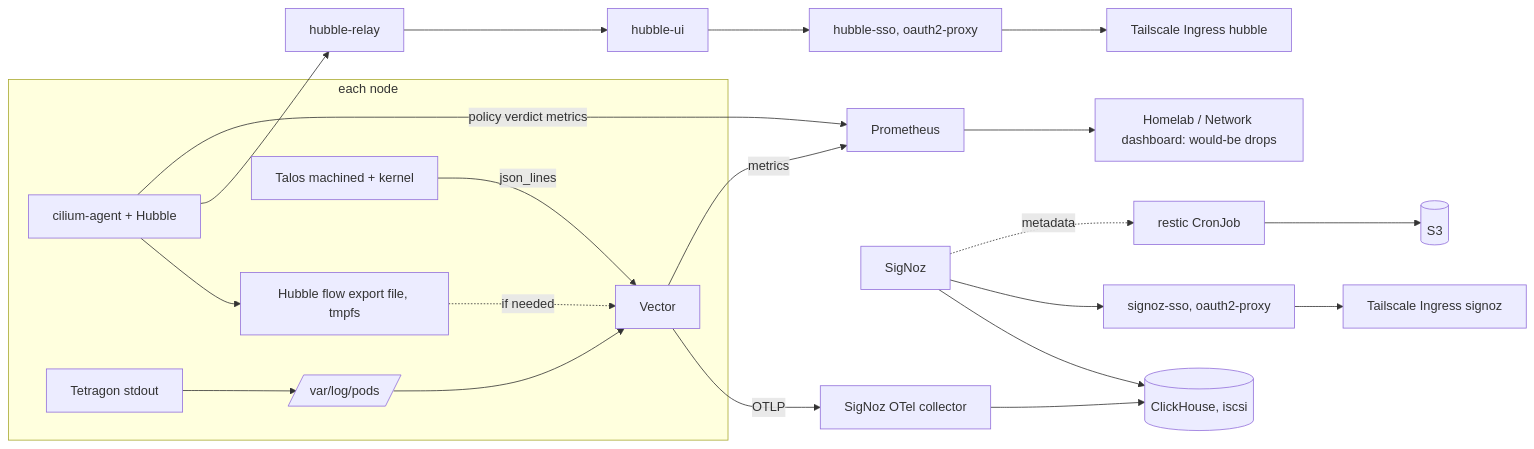
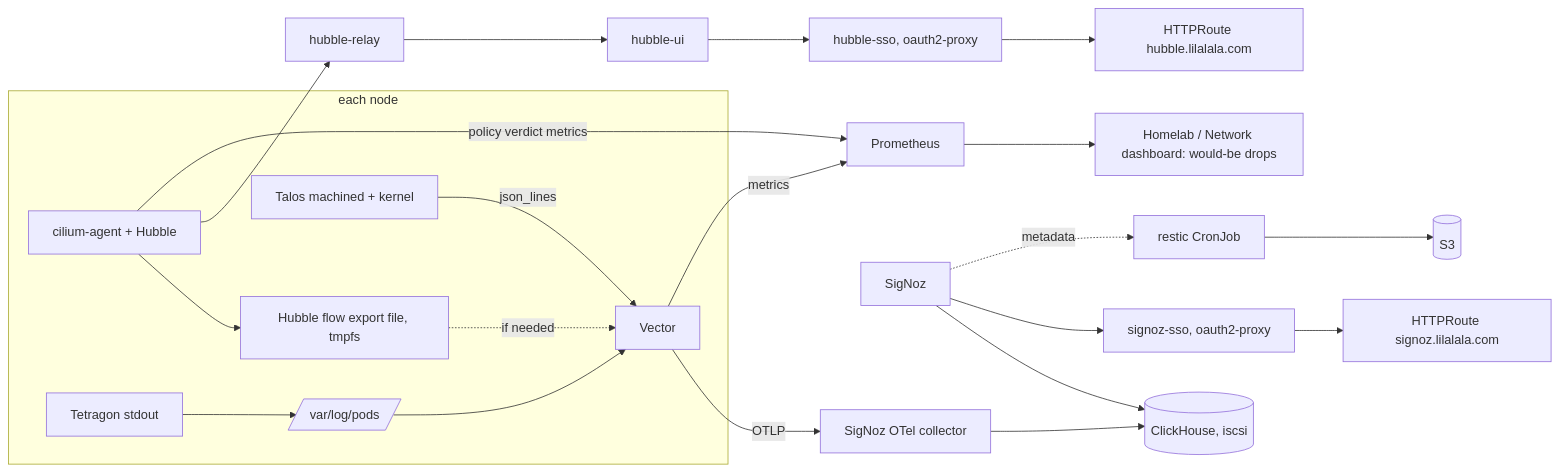
One commit to ned-si/homelab changed the diagram in .kiro/specs/wave3-network-logs/design.md. Above: the diagram before and after it, drawn with Mermaid. The commit also changed other lines of this file and 19 other files, not shown here.

````diff
--- a/.kiro/specs/wave3-network-logs/design.md
+++ b/.kiro/specs/wave3-network-logs/design.md
@@ -18,20 +18,20 @@
 ```mermaid
 flowchart LR
   subgraph node[each node]
     AG[cilium-agent + Hubble] --> EXP[Hubble flow export file, tmpfs]
     TAL[Talos machined + kernel] -- json_lines --> V[Vector]
     PODS[/var/log/pods/] --> V
     EXP -. if needed .-> V
     TG[Tetragon stdout] --> PODS
   end
   AG --> REL[hubble-relay]
   REL --> UI[hubble-ui]
-  UI --> HS[hubble-sso, oauth2-proxy] --> TS1[Tailscale Ingress hubble]
+  UI --> HS[hubble-sso, oauth2-proxy] --> GW1[HTTPRoute hubble.lilalala.com]
   V -- OTLP --> COL[SigNoz OTel collector] --> CH[(ClickHouse, iscsi)]
   SZ[SigNoz] --> CH
-  SZ --> SS[signoz-sso, oauth2-proxy] --> TS2[Tailscale Ingress signoz]
+  SZ --> SS[signoz-sso, oauth2-proxy] --> GW2[HTTPRoute signoz.lilalala.com]
   V -- metrics --> PROM[Prometheus]
   AG -- policy verdict metrics --> PROM
   PROM --> NET[Homelab / Network dashboard: would-be drops]
   SZ -. metadata .-> RS[restic CronJob] --> S3[(S3)]
 ```
````
